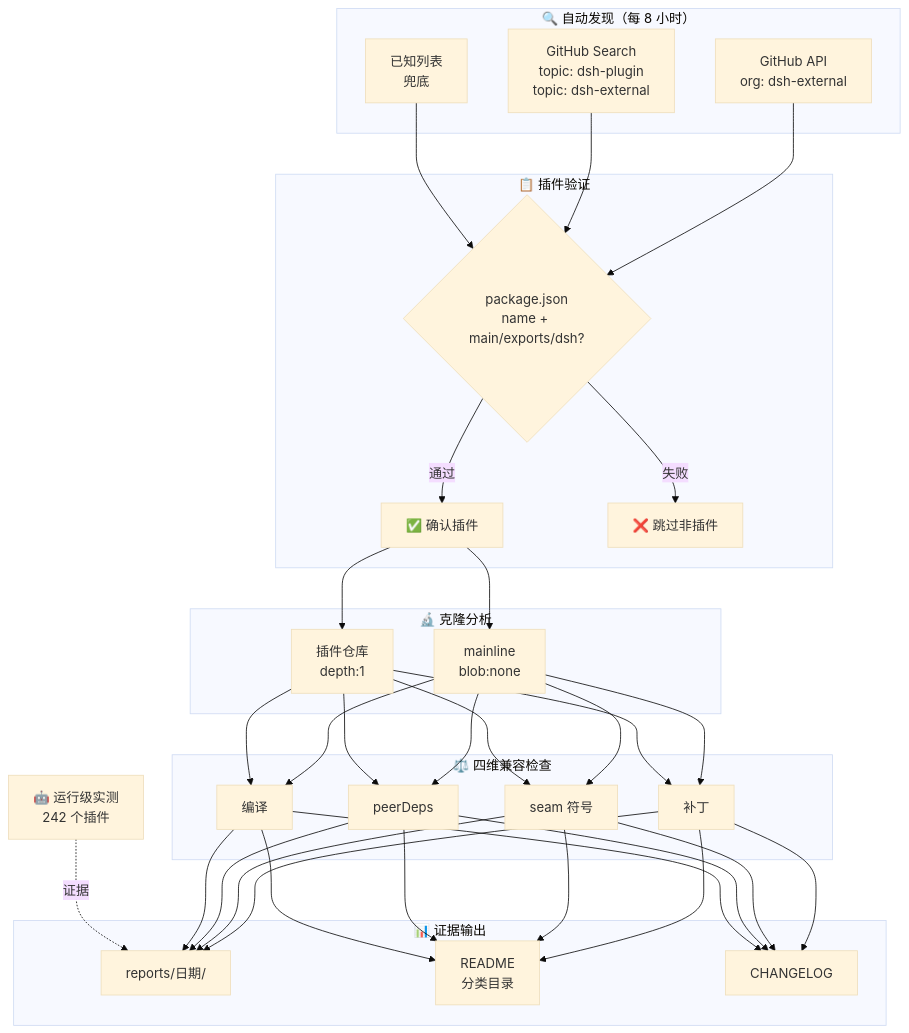
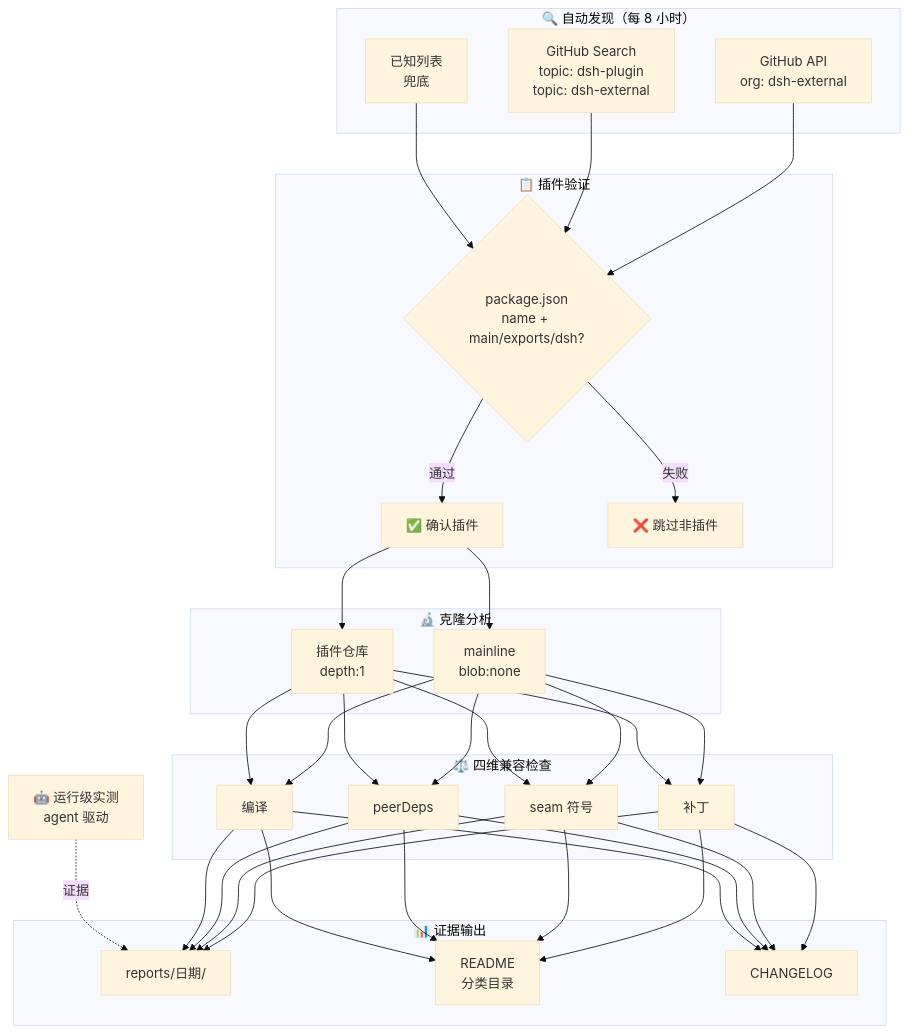
The diagram in README.md (AdamPlatin123/awesome-dsh-plugins), drawn with Mermaid (base theme) before and after one commit. The commit also changed other lines of this file and 2 other files, not shown here.

````diff
--- a/README.md
+++ b/README.md
@@ -16,36 +16,36 @@
 ```mermaid
 graph TB
     subgraph Discovery["🔍 自动发现（每 8 小时）"]
         A1["GitHub API<br/>org: dsh-external"]
         A2["GitHub Search<br/>topic: dsh-plugin<br/>topic: dsh-external"]
         A3["已知列表<br/>兜底"]
     end
     subgraph Validation["📋 插件验证"]
         B1{"package.json<br/>name + main/exports/dsh?"}
         B1 -->|通过| B2["✅ 确认插件"]
         B1 -->|失败| B3["❌ 跳过非插件"]
     end
     subgraph Analysis["🔬 克隆分析"]
         C1["mainline<br/>blob:none"]
         C2["插件仓库<br/>depth:1"]
     end
     subgraph Compat["⚖️ 四维兼容检查"]
         D1[补丁]
         D2[seam 符号]
         D3[peerDeps]
         D4[编译]
     end
     subgraph Output["📊 证据输出"]
         E1["reports/日期/"]
         E2["README<br/>分类目录"]
         E3[CHANGELOG]
     end
-    RT["🤖 运行级实测<br/>242 个插件"]
+    RT["🤖 运行级实测<br/>agent 驱动"]
     A1 --> B1
     A2 --> B1
     A3 --> B1
     B2 --> C1 & C2
     C1 & C2 --> D1 & D2 & D3 & D4
     D1 & D2 & D3 & D4 --> E1 & E2 & E3
     RT -.->|证据| E1
 ```
````
